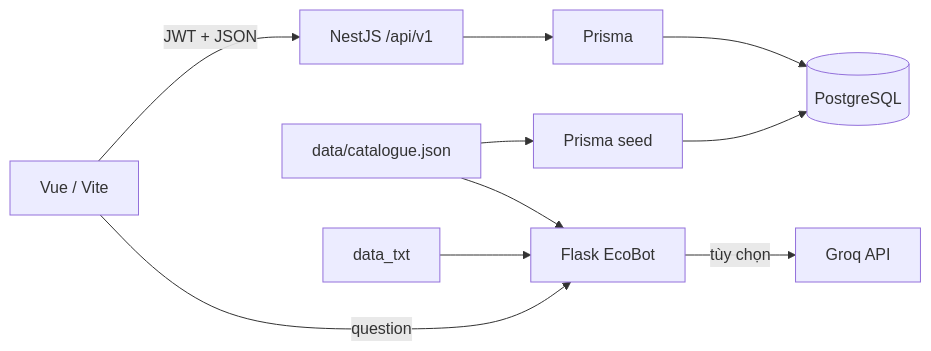
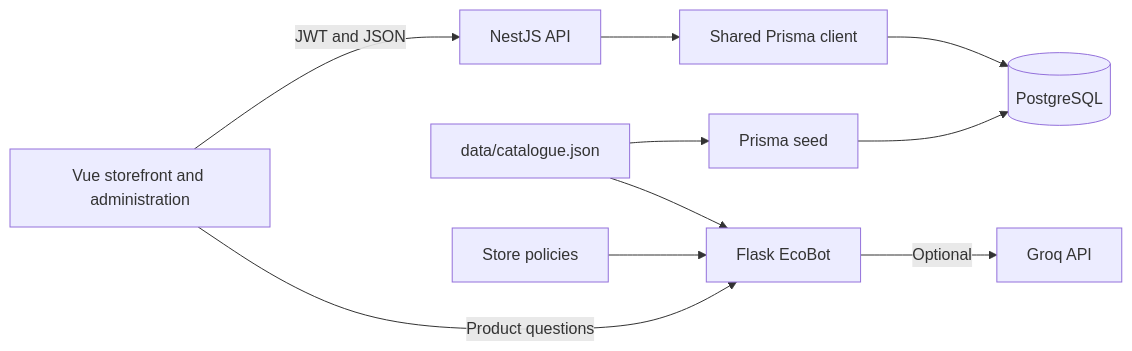
Before and after one commit to lnghuy2301/Zero-Waste-Ecommerce: the first of 2 diagrams in docs/ARCHITECTURE.md, drawn with Mermaid. The commit also changed other lines of this file and 8 other files, not shown here.

````diff
--- a/docs/ARCHITECTURE.md
+++ b/docs/ARCHITECTURE.md
@@ -5,12 +5,12 @@
 ```mermaid
 flowchart LR
-  Browser[Vue / Vite] -->|JWT + JSON| API[NestJS /api/v1]
-  API --> ORM[Prisma]
-  ORM --> DB[(PostgreSQL)]
-  Browser -->|question| Bot[Flask EcoBot]
-  Catalogue[data/catalogue.json] --> Seed[Prisma seed]
+  Browser[Vue storefront and administration] -->|JWT and JSON| API[NestJS API]
+  API --> Prisma[Shared Prisma client]
+  Prisma --> DB[(PostgreSQL)]
+  Browser -->|Product questions| Bot[Flask EcoBot]
+  Catalog[data/catalogue.json] --> Seed[Prisma seed]
   Seed --> DB
-  Catalogue --> Bot
-  Policy[data_txt] --> Bot
-  Bot -->|tùy chọn| Groq[Groq API]
+  Catalog --> Bot
+  Policies[Store policies] --> Bot
+  Bot -->|Optional| Groq[Groq API]
 ```
````
